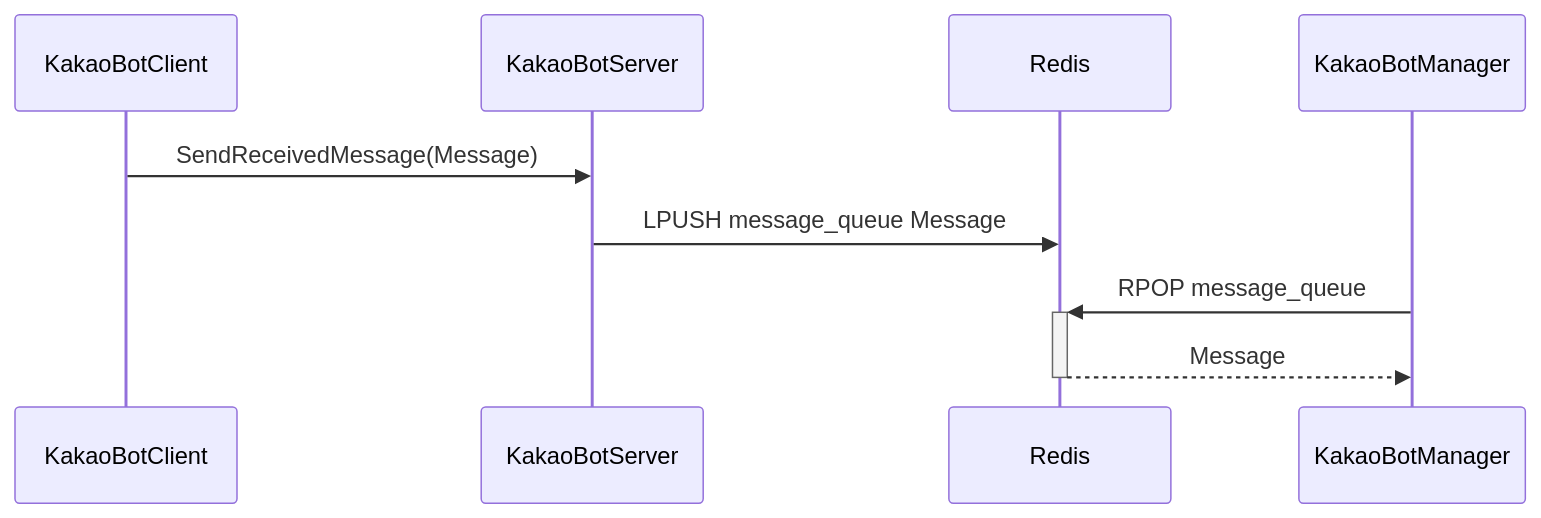
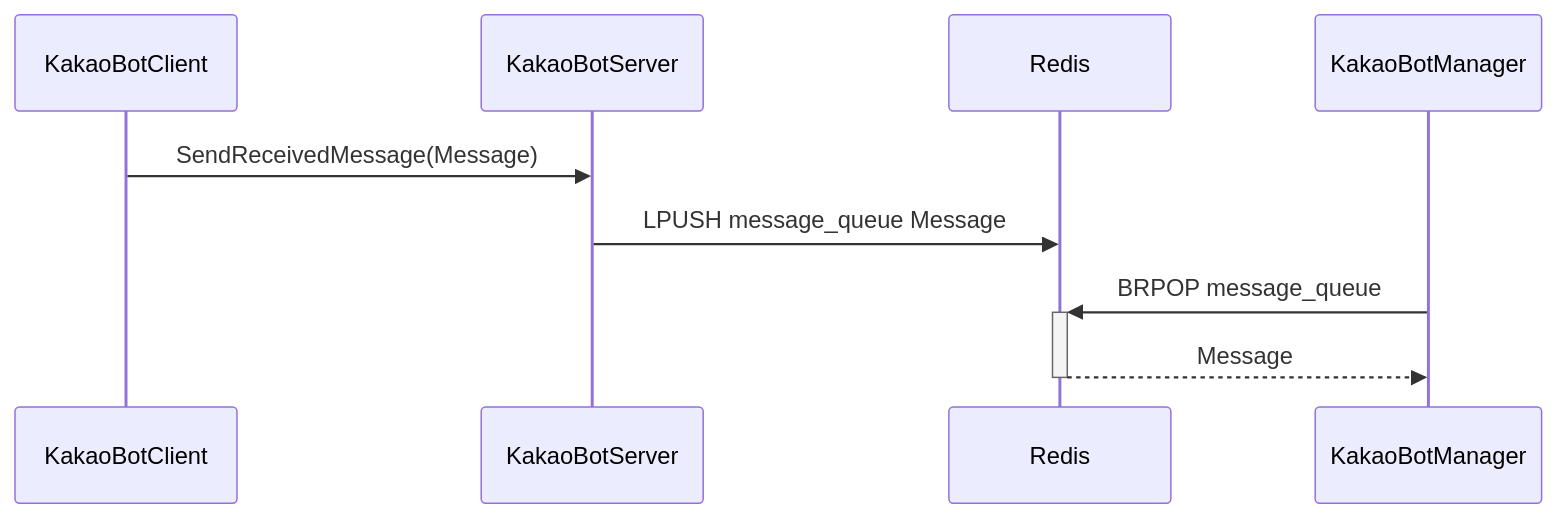
The second of 3 diagrams in README.md (cola314/KakaoBotServer), drawn with Mermaid before and after one commit. The commit also changed other lines of this file, not shown here.

Commit message:
docs: Redis Queue RPOP 명령어 대신 BRPOP 명령어를 사용하도록 수정하여 문서에 반영

````diff
--- a/README.md
+++ b/README.md
@@ -67,11 +67,11 @@
 ```mermaid
 sequenceDiagram
     participant KakaoBotClient
     participant KakaoBotServer
     participant Redis
     participant KakaoBotManager
     KakaoBotClient->>KakaoBotServer: SendReceivedMessage(Message)
     KakaoBotServer->>Redis: LPUSH message_queue Message
-    KakaoBotManager->>+Redis: RPOP message_queue
+    KakaoBotManager->>+Redis: BRPOP message_queue
     Redis-->>-KakaoBotManager: Message
 ```
````
